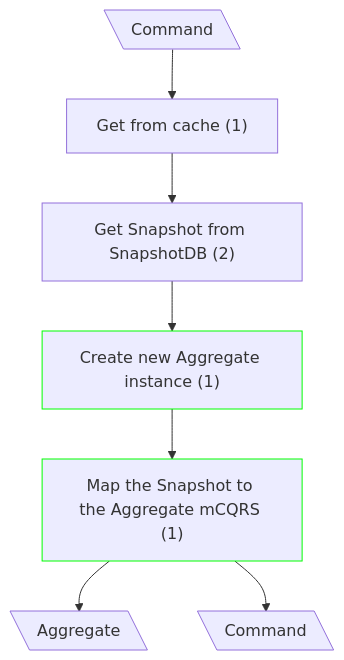
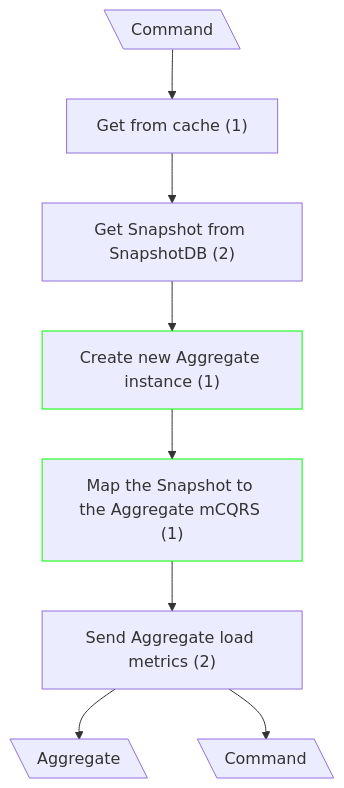
The fifth of 9 diagrams in docs/CF Complexity/update.md (dmitryhruzin/CQRS-variations-test), drawn with Mermaid before and after one commit. The commit also changed other lines of this file and 4 other files, not shown here.

Commit message:
docs: add infra calls to diagrams

````diff
--- a/docs/CF Complexity/update.md
+++ b/docs/CF Complexity/update.md
@@ -112,11 +116,12 @@
 ```mermaid
 flowchart TD
   classDef mod stroke:#0f0
   A@{ shape: lean-l, label: "Command" }
   A --> B["Get from cache (1)"]
   B --> C["Get Snapshot from SnapshotDB (2)"]
   C --> D["Create new Aggregate instance (1)"]
   D:::mod --> E["Map the Snapshot to the Aggregate mCQRS (1)"]
-  E:::mod --> I@{ shape: lean-l, label: "Aggregate" }
-  E --> J@{ shape: lean-l, label: "Command" }
+  E:::mod --> M["Send Aggregate load metrics (2)"]
+  M --> I@{ shape: lean-l, label: "Aggregate" }
+  M --> J@{ shape: lean-l, label: "Command" }
 ```
````
